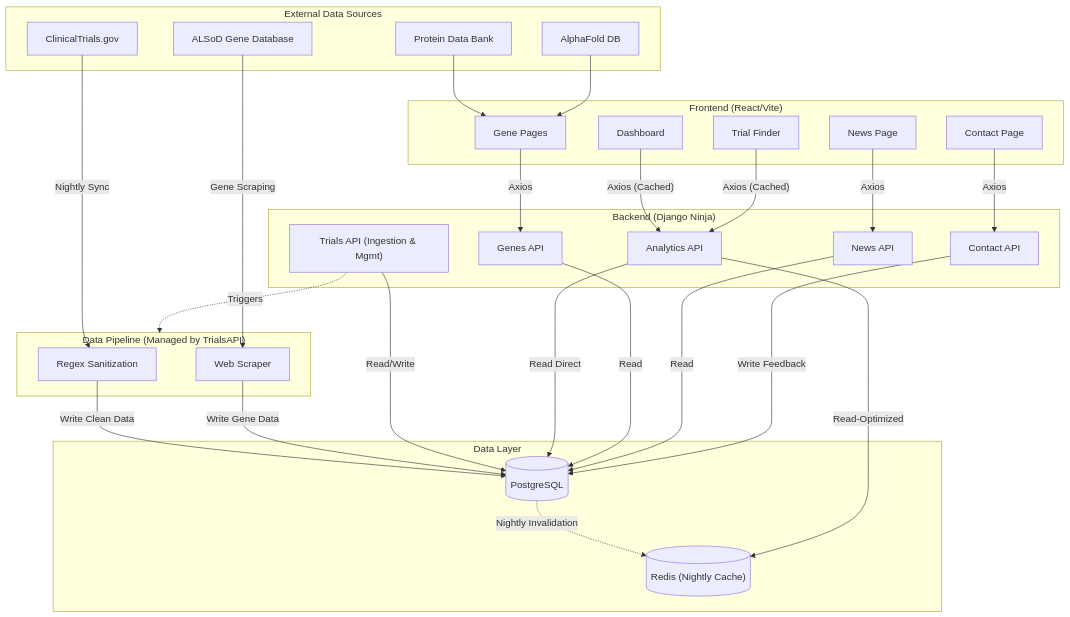
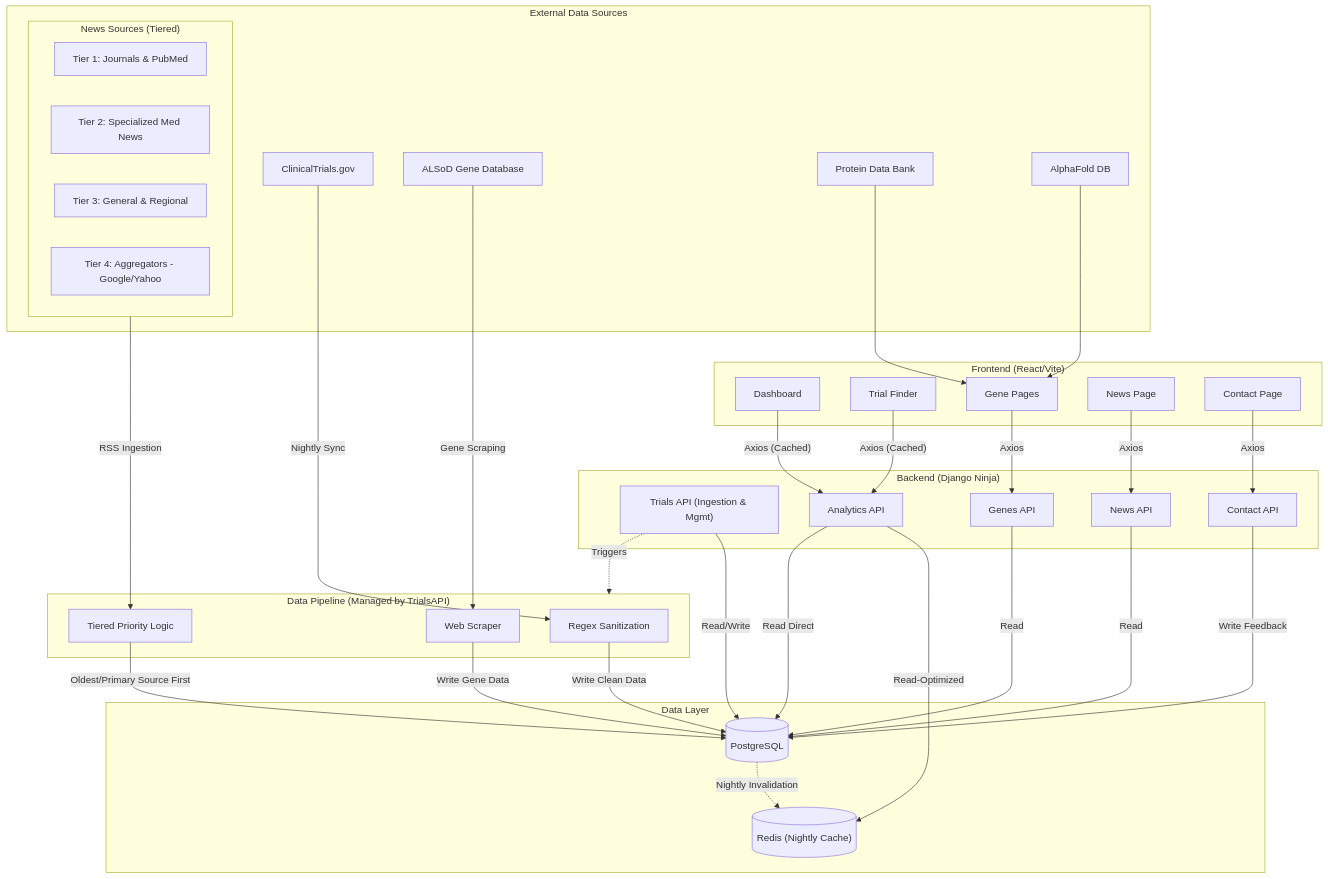
One commit to tuckthomas/ALS-FTD-Dashboard changed the diagram in README.md. Above: the diagram before and after it, drawn with Mermaid.

Commit message:
docs: update architecture diagram to reflect tiered news prioritization

````diff
--- a/README.md
+++ b/README.md
@@ -29,68 +29,78 @@
 ```mermaid
 flowchart TB
     %% Level 1: External Data Sources
     subgraph ExternalGroup["External Data Sources"]
         ClinicalTrials[ClinicalTrials.gov]
         ALSoD[ALSoD Gene Database]
         PDB[Protein Data Bank]
         AlphaFold[AlphaFold DB]
+        
+        subgraph NewsSources["News Sources (Tiered)"]
+            T1[Tier 1: Journals & PubMed]
+            T2[Tier 2: Specialized Med News]
+            T3[Tier 3: General & Regional]
+            T4[Tier 4: Aggregators - Google/Yahoo]
+        end
     end
 
     %% Level 2: Data Pipeline & Ingestion
     subgraph PipelineGroup["Data Pipeline (Managed by TrialsAPI)"]
         Sanitizer[Regex Sanitization]
         Scraper[Web Scraper]
+        Prioritizer[Tiered Priority Logic]
     end
 
     %% Level 3: Backend & Data Layer
     subgraph BackendGroup["Backend (Django Ninja)"]
         TrialsAPI["Trials API (Ingestion & Mgmt)"]
         AnalyticsAPI[Analytics API]
         GenesAPI[Genes API]
         NewsAPI[News API]
         ContactAPI[Contact API]
     end
 
     subgraph DataLayerGroup["Data Layer"]
         PostgreSQL[(PostgreSQL)]
         Redis[("Redis (Nightly Cache)")]
     end
 
     %% Level 4: Frontend
     subgraph FrontendGroup["Frontend (React/Vite)"]
         Dashboard[Dashboard]
         TrialFinder[Trial Finder]
         GenePages[Gene Pages]
         NewsPage[News Page]
         ContactPage[Contact Page]
     end
 
     %% Data Inflow (Pipeline)
     ClinicalTrials -->|Nightly Sync| Sanitizer
     ALSoD -->|Gene Scraping| Scraper
+    NewsSources -->|RSS Ingestion| Prioritizer
     TrialsAPI -.->|Triggers| PipelineGroup
     Sanitizer -->|Write Clean Data| PostgreSQL
     Scraper -->|Write Gene Data| PostgreSQL
+    Prioritizer -->|Oldest/Primary Source First| PostgreSQL
     
     %% Cache Population (Explicit)
     PostgreSQL -.->|Nightly Invalidation| Redis
 
     %% Backend/Data Layer Interactions
     TrialsAPI -->|Read/Write| PostgreSQL
     AnalyticsAPI -->|Read-Optimized| Redis
     AnalyticsAPI -->|Read Direct| PostgreSQL
     GenesAPI -->|Read| PostgreSQL
     NewsAPI -->|Read| PostgreSQL
     ContactAPI -->|Write Feedback| PostgreSQL
 
     %% Frontend Consumption (Outflow)
     Dashboard -->|"Axios (Cached)"| AnalyticsAPI
     TrialFinder -->|"Axios (Cached)"| AnalyticsAPI
     GenePages -->|Axios| GenesAPI
     NewsPage -->|Axios| NewsAPI
     ContactPage -->|Axios| ContactAPI
 
     %% External Direct Integrations (Frontend)
     PDB --> GenePages
     AlphaFold --> GenePages
 ```
````
